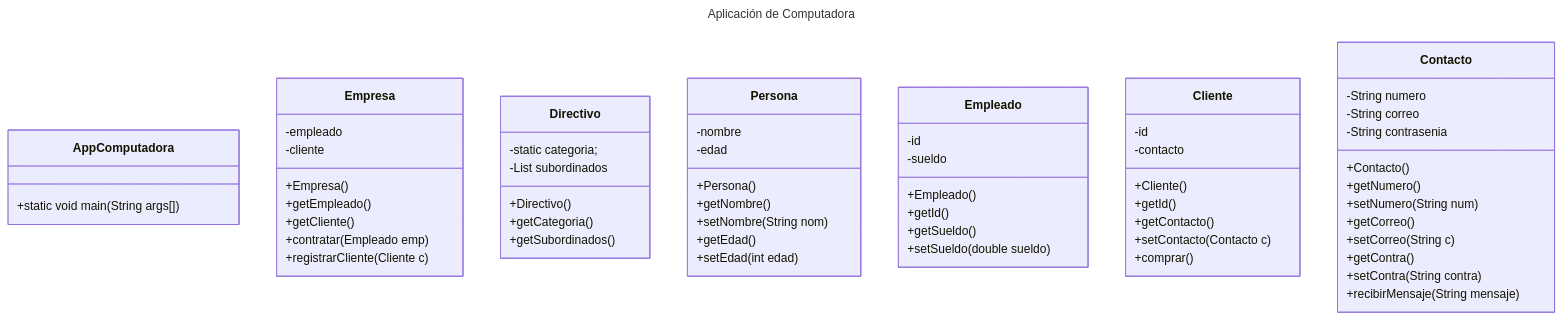
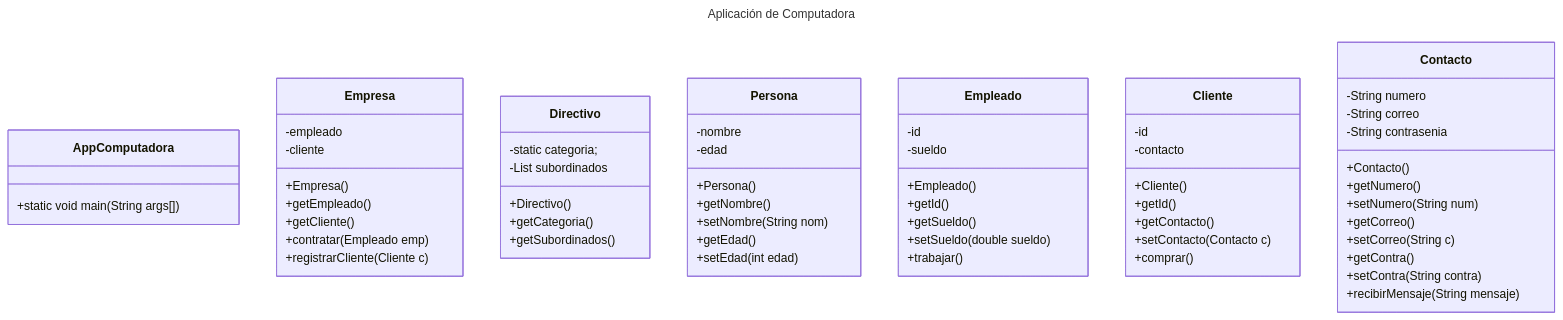
Before and after one commit to mauryci2/Jaime-Felix-POO-Base: the diagram in README.md, drawn with Mermaid.

Commit message:
añadi metodo trabajar a Empleado

````diff
--- a/README.md
+++ b/README.md
@@ -7,64 +7,65 @@
 ```mermaid
 ---
 title: Aplicación de Computadora
 ---
 classDiagram
       class AppComputadora{
             +static void main(String args[])
       }
       class Empresa{
             -empleado
             -cliente
             +Empresa()
             +getEmpleado()
             +getCliente()
             +contratar(Empleado emp)
             +registrarCliente(Cliente c)
       }
       class Directivo{
             -static categoria;
             -List<Empleado> subordinados
             +Directivo()
             +getCategoria()
             +getSubordinados()
       }      
       class Persona{
             -nombre
             -edad
             +Persona()
             +getNombre()
             +setNombre(String nom)
             +getEdad()
             +setEdad(int edad)
       }
       class Empleado{
             -id
             -sueldo
              +Empleado()
             +getId()
             +getSueldo()
             +setSueldo(double sueldo)
+            +trabajar()
       }
       class Cliente{
             -id
             -contacto
             +Cliente()
             +getId()
             +getContacto()
             +setContacto(Contacto c)
             +comprar()
       }
       class Contacto{
             -String numero
             -String correo
             -String contrasenia
             +Contacto()
             +getNumero()
             +setNumero(String num)
             +getCorreo()
             +setCorreo(String c)
             +getContra()
             +setContra(String contra)
             +recibirMensaje(String mensaje)
       }
 ```
````
